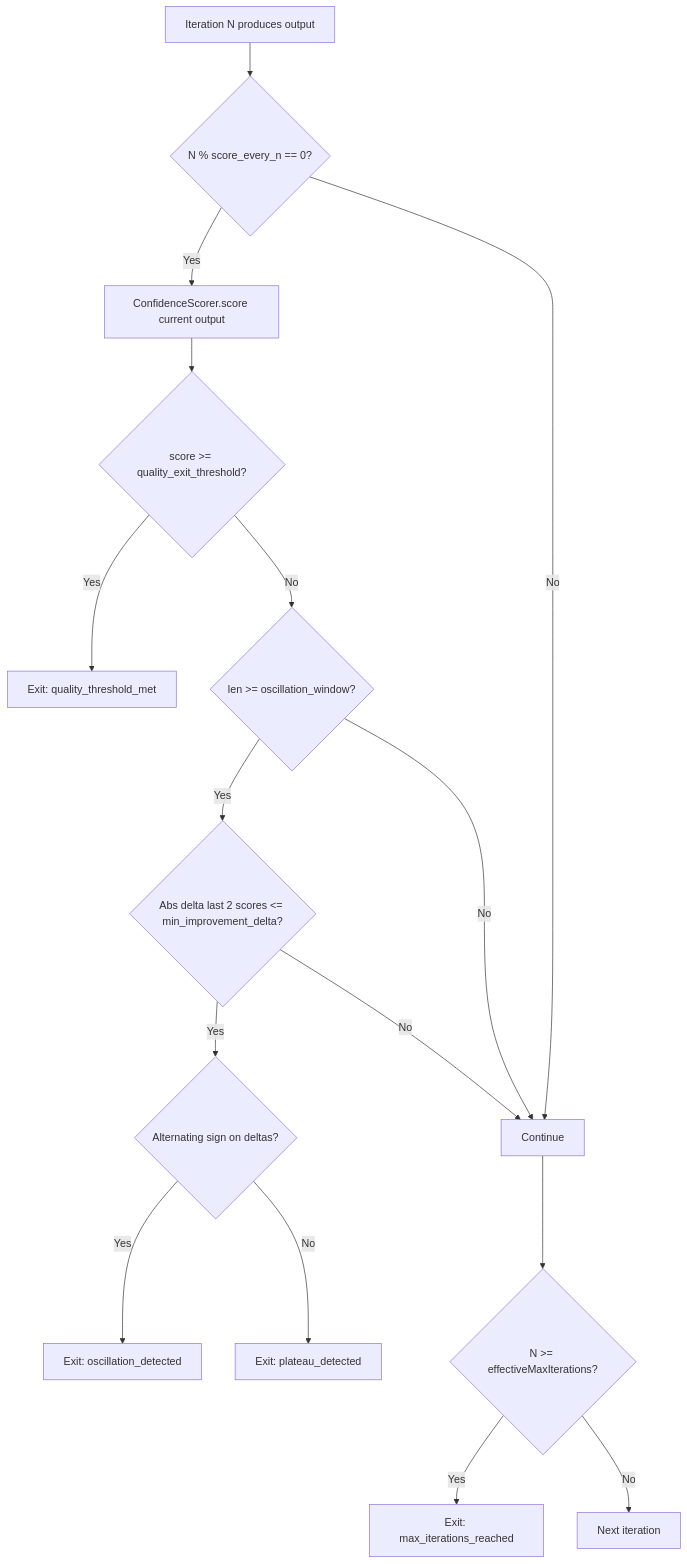
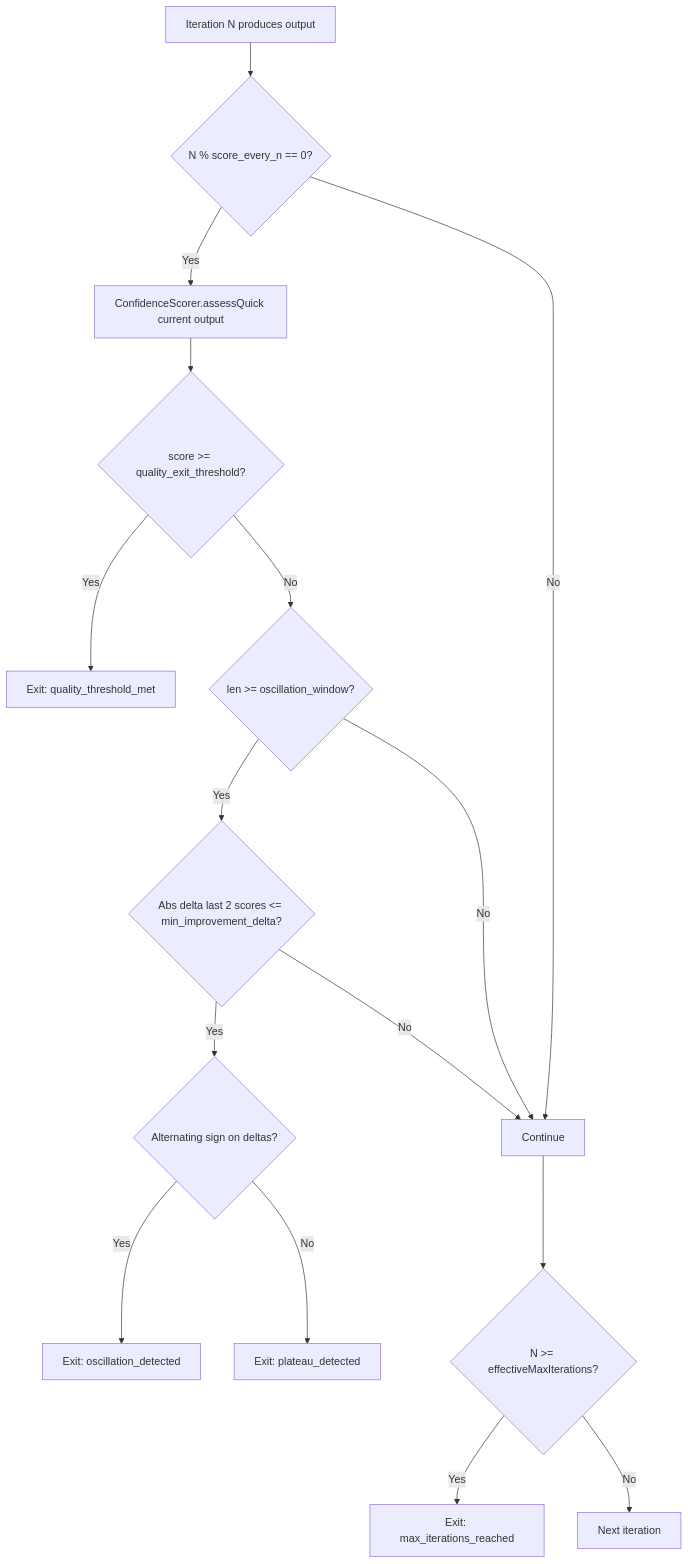
Before and after one commit to dostark/exaix: the diagram in .copilot/planning/phase-73-reflexive-agent-convergence.md, drawn with Mermaid. The commit also changed other lines of this file and 3 other files, not shown here.

````diff
--- a/.copilot/planning/phase-73-reflexive-agent-convergence.md
+++ b/.copilot/planning/phase-73-reflexive-agent-convergence.md
@@ -151,18 +152,18 @@
 ```mermaid
 flowchart TD
     A[Iteration N produces output] --> B{N % score_every_n == 0?}
     B -- No --> G[Continue]
-    B -- Yes --> C[ConfidenceScorer.score current output]
+    B -- Yes --> C[ConfidenceScorer.assessQuick current output]
     C --> D{score >= quality_exit_threshold?}
     D -- Yes --> E[Exit: quality_threshold_met]
     D -- No --> F{len >= oscillation_window?}
     F -- No --> G
     F -- Yes --> H{Abs delta last 2 scores <= min_improvement_delta?}
     H -- Yes --> I{Alternating sign on deltas?}
     I -- Yes --> J[Exit: oscillation_detected]
     I -- No --> K[Exit: plateau_detected]
     H -- No --> G[Continue]
     G --> L{N >= effectiveMaxIterations?}
     L -- Yes --> M[Exit: max_iterations_reached]
     L -- No --> N[Next iteration]
 ```
````
